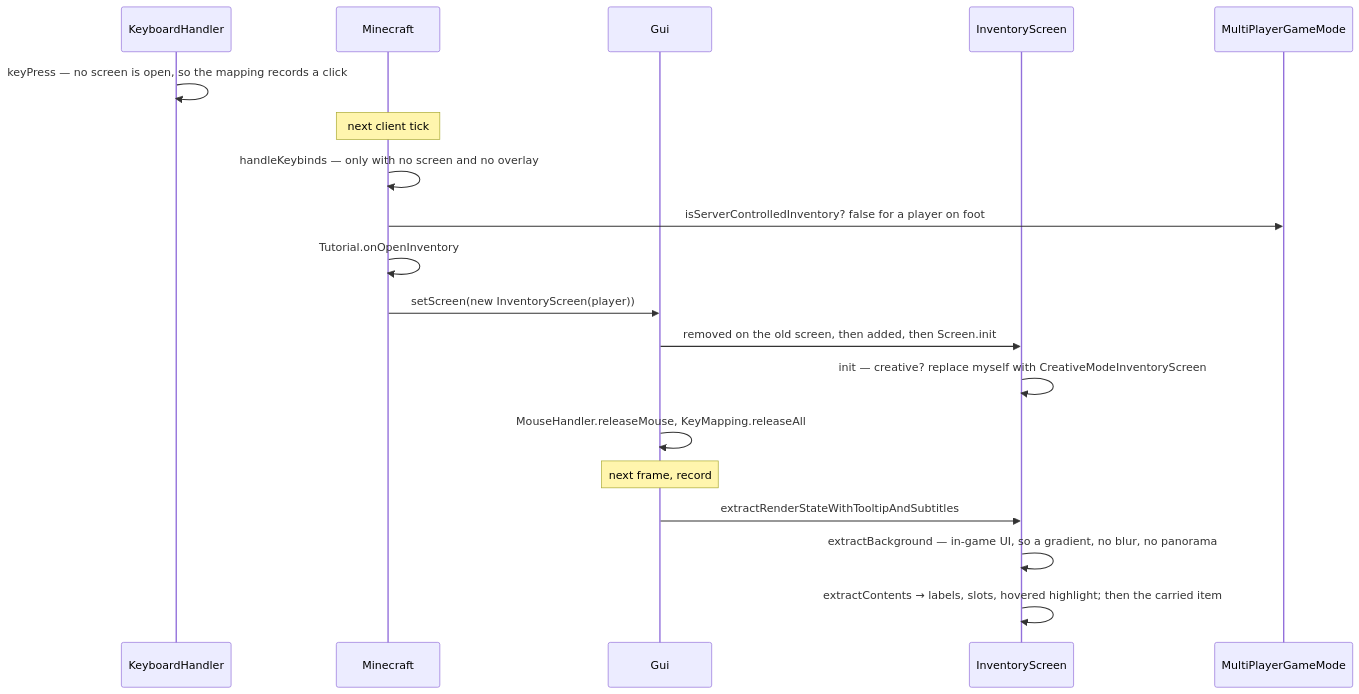
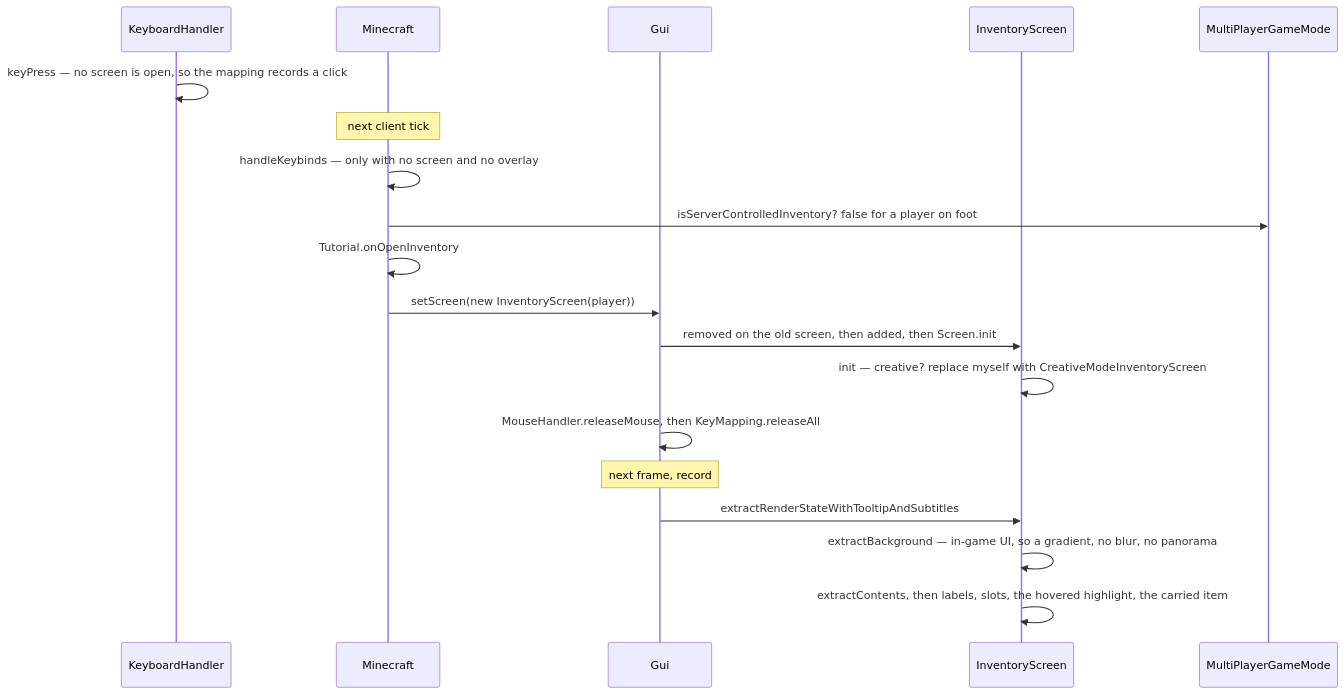
The second of 2 diagrams in src/systems/client/gui-and-screens.md (AlexanderjFraser/MinecraftDocs), drawn with Mermaid before and after one commit. The commit also changed other lines of this file and 27 other files, not shown here.

````diff
--- a/src/systems/client/gui-and-screens.md
+++ b/src/systems/client/gui-and-screens.md
@@ -105,22 +145,22 @@
 ```mermaid
 sequenceDiagram
     participant KH as KeyboardHandler
-    participant M as Minecraft
-    participant G as Gui
-    participant IS as InventoryScreen
+    participant MC as Minecraft
+    participant Gui as Gui
+    participant InvS as InventoryScreen
     participant MPGM as MultiPlayerGameMode
 
     KH->>KH: keyPress — no screen is open, so the mapping records a click
-    Note over M: next client tick
-    M->>M: handleKeybinds — only with no screen and no overlay
-    M->>MPGM: isServerControlledInventory? false for a player on foot
-    M->>M: Tutorial.onOpenInventory
-    M->>G: setScreen(new InventoryScreen(player))
-    G->>IS: removed on the old screen, then added, then Screen.init
-    IS->>IS: init — creative? replace myself with CreativeModeInventoryScreen
-    G->>G: MouseHandler.releaseMouse, KeyMapping.releaseAll
-    Note over G: next frame, record
-    G->>IS: extractRenderStateWithTooltipAndSubtitles
-    IS->>IS: extractBackground — in-game UI, so a gradient, no blur, no panorama
-    IS->>IS: extractContents → labels, slots, hovered highlight#59; then the carried item
+    Note over MC: next client tick
+    MC->>MC: handleKeybinds — only with no screen and no overlay
+    MC->>MPGM: isServerControlledInventory? false for a player on foot
+    MC->>MC: Tutorial.onOpenInventory
+    MC->>Gui: setScreen(new InventoryScreen(player))
+    Gui->>InvS: removed on the old screen, then added, then Screen.init
+    InvS->>InvS: init — creative? replace myself with CreativeModeInventoryScreen
+    Gui->>Gui: MouseHandler.releaseMouse, then KeyMapping.releaseAll
+    Note over Gui: next frame, record
+    Gui->>InvS: extractRenderStateWithTooltipAndSubtitles
+    InvS->>InvS: extractBackground — in-game UI, so a gradient, no blur, no panorama
+    InvS->>InvS: extractContents, then labels, slots, the hovered highlight, the carried item
 ```
````
